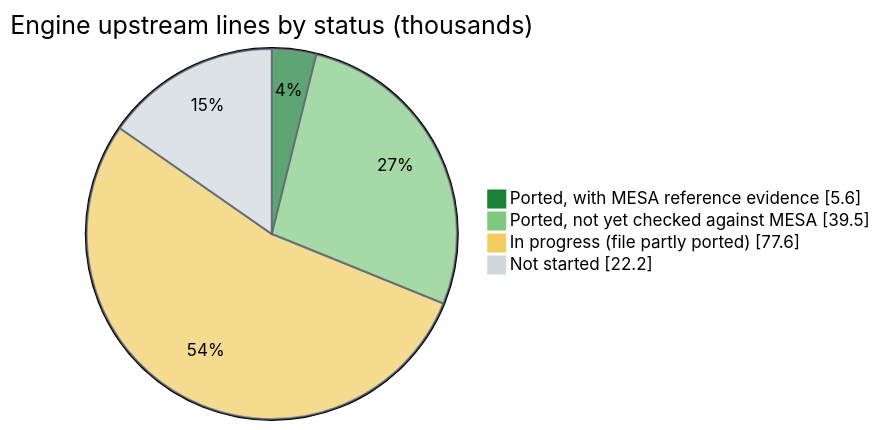
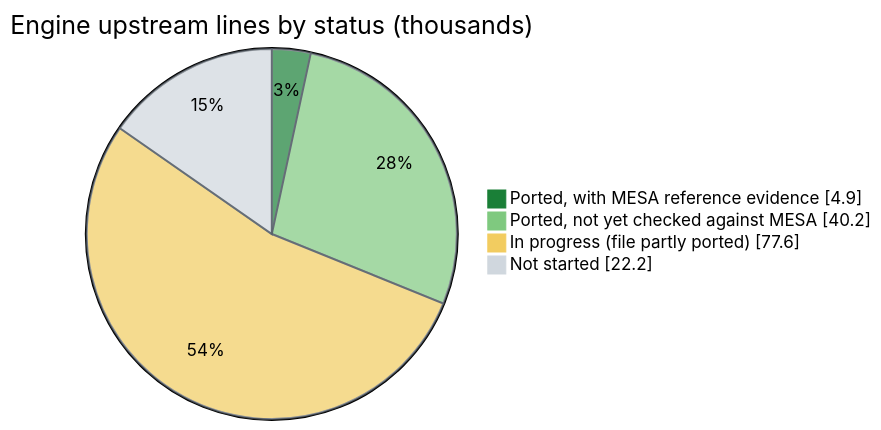
Before and after one commit to joshspeagle/FlexMESA: the first of 2 diagrams in README.md, drawn with Mermaid. The commit also changed other lines of this file and 5 other files, not shown here.

````diff
--- a/README.md
+++ b/README.md
@@ -27,9 +27,9 @@
 ```mermaid
 %%{init: {'themeVariables': {'pie1': '#1a7f37', 'pie2': '#7fc97f', 'pie3': '#f2cc60', 'pie4': '#d0d7de', 'pieSectionTextColor': '#000000', 'pieStrokeColor': '#57606a'}}}%%
 pie showData
     title Engine upstream lines by status (thousands)
-    "Ported, with MESA reference evidence" : 5.6
-    "Ported, not yet checked against MESA" : 39.5
+    "Ported, with MESA reference evidence" : 4.9
+    "Ported, not yet checked against MESA" : 40.2
     "In progress (file partly ported)" : 77.6
     "Not started" : 22.2
 ```
````
